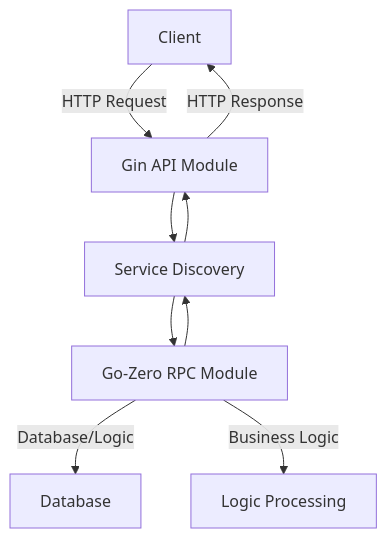
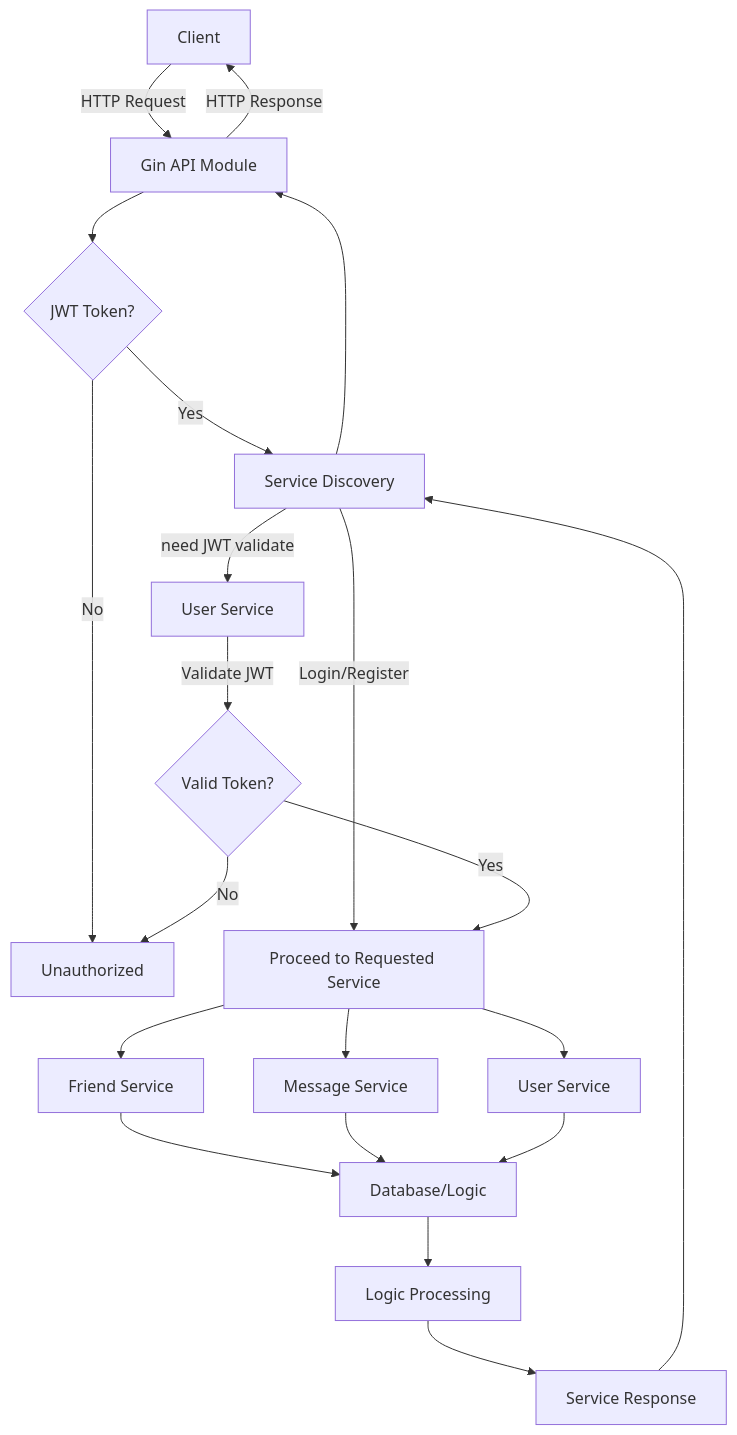
One commit to 0b0e0e7c/IM changed the diagram in readme.md. Above: the diagram before and after it, drawn with Mermaid. The commit also changed other lines of this file, not shown here.

Commit message:
docs: better graph

````diff
--- a/readme.md
+++ b/readme.md
@@ -35,11 +41,23 @@
 ```mermaid
 graph TD
     A[Client] -->|HTTP Request| B[Gin API Module]
-    B --> C[Service Discovery]
-    C --> D[Go-Zero RPC Module]
-    D -->|Database/Logic| E[Database]
-    D -->|Business Logic| F[Logic Processing]
-    D --> C
-    C --> B
+    B --> C{JWT Token?}
+    C -->|Yes| D[Service Discovery]
+    C -->|No| E[Unauthorized]
+    D -->|Login/Register|H[Proceed to Requested Service]
+    D -->|need JWT validate|G[User Service]
+    G -->|Validate JWT| I{Valid Token?}
+    I -->|No| E
+    I -->|Yes| H[Proceed to Requested Service]
+    H --> J[Friend Service]
+    H --> K[Message Service]
+    H --> L[User Service]
+    J --> M[Database/Logic]
+    K --> M
+    L --> M
+    M --> N[Logic Processing]
+    N --> O[Service Response]
+    O --> D
+    D --> B
     B -->|HTTP Response| A
 ```
````
